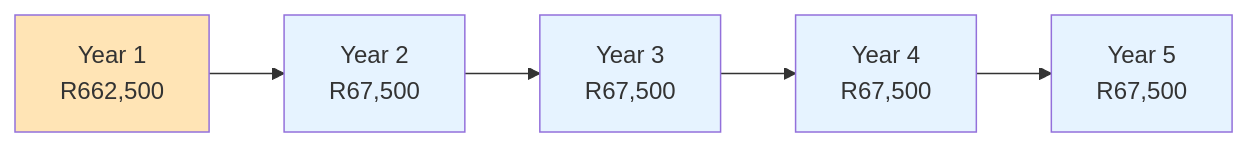
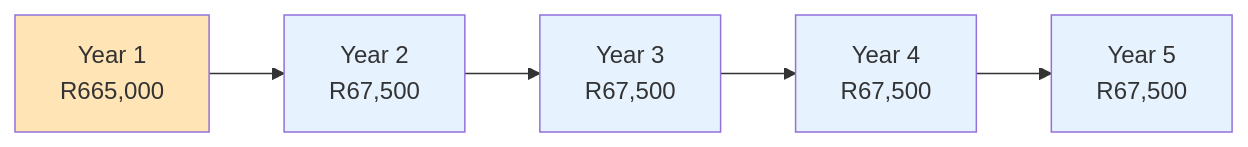
One commit to transnet-eduard-reitmann/locomotive-tracking-unit changed the fourth of 9 diagrams in docs/executive-summary.md. Above: the diagram before and after it, drawn with Mermaid. The commit also changed other lines of this file and 12 other files, not shown here.

````diff
--- a/docs/executive-summary.md
+++ b/docs/executive-summary.md
@@ -90,13 +90,13 @@
 ```mermaid
 graph LR
-    A[Year 1<br/>R662,500] --> B[Year 2<br/>R67,500]
+    A[Year 1<br/>R665,000] --> B[Year 2<br/>R67,500]
     B --> C[Year 3<br/>R67,500]
     C --> D[Year 4<br/>R67,500]
     D --> E[Year 5<br/>R67,500]
     
     style A fill:#FFE4B5
     style B fill:#E6F3FF
     style C fill:#E6F3FF
     style D fill:#E6F3FF
     style E fill:#E6F3FF
 ```
````
